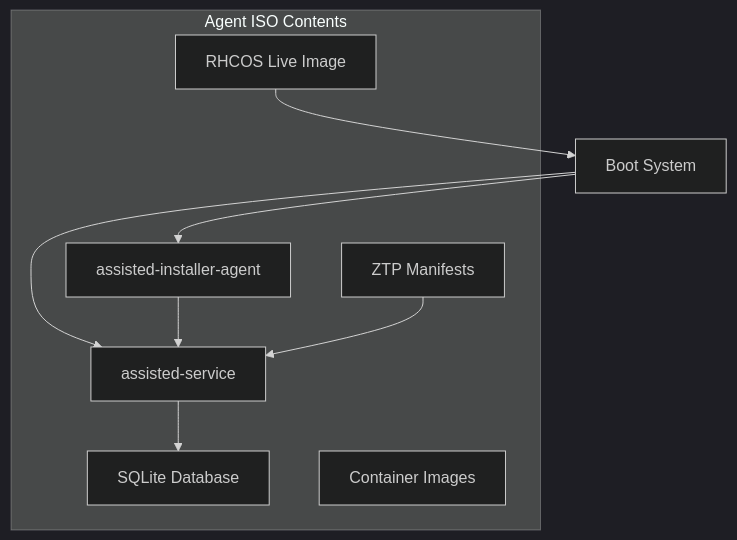
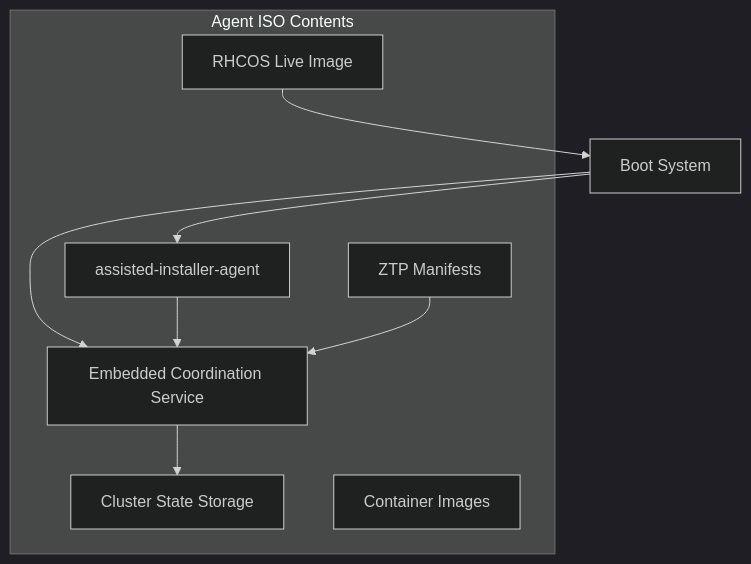
Before and after one commit to zszabo-rh/openshift-install-guide: the third of 4 diagrams in 03-assisted-installation/abi.md, drawn with Mermaid (dark theme). The commit also changed other lines of this file and 13 other files, not shown here.

````diff
--- a/03-assisted-installation/abi.md
+++ b/03-assisted-installation/abi.md
@@ -211,18 +211,18 @@
 ```mermaid
 graph TB
     subgraph "Agent ISO Contents"
         RHCOS[RHCOS Live Image]
         AGENT[assisted-installer-agent]
-        SERVICE[assisted-service]
-        DB[SQLite Database]
+        SERVICE[Embedded Coordination Service]
+        STATE[Cluster State Storage]
         IMAGES[Container Images]
         CONFIG[ZTP Manifests]
     end
     
     RHCOS --> BOOT[Boot System]
     BOOT --> AGENT
     BOOT --> SERVICE
-    SERVICE --> DB
+    SERVICE --> STATE
     AGENT --> SERVICE
     CONFIG --> SERVICE
 ```
````
